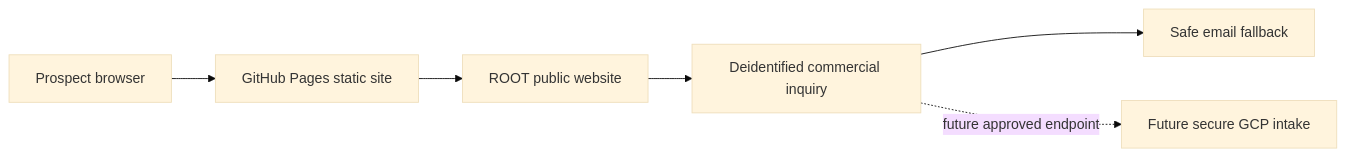
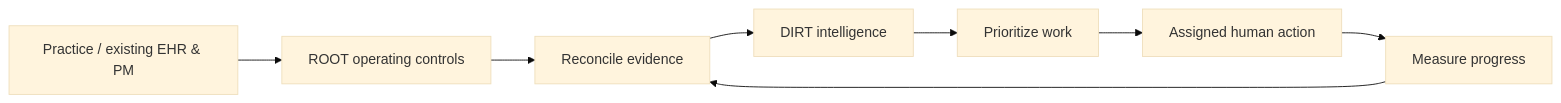
One commit to CoE-DIRT/rootrcm.com changed the first of 2 diagrams in README.md. Above: the diagram before and after it, drawn with Mermaid (base theme). The commit also changed other lines of this file and 7 other files, not shown here.

````diff
--- a/README.md
+++ b/README.md
@@ -23,8 +34,10 @@
 ```mermaid
 flowchart LR
-  User[Prospect browser] --> Pages[GitHub Pages static site]
-  Pages --> Website[ROOT public website]
-  Website --> Inquiry[Deidentified commercial inquiry]
-  Inquiry --> Email[Safe email fallback]
-  Inquiry -. future approved endpoint .-> GCP[Future secure GCP intake]
+ A[Practice / existing EHR & PM] --> B[ROOT operating controls]
+ B --> C[Reconcile evidence]
+ C --> D[DIRT intelligence]
+ D --> E[Prioritize work]
+ E --> F[Assigned human action]
+ F --> G[Measure progress]
+ G --> C
 ```
````
